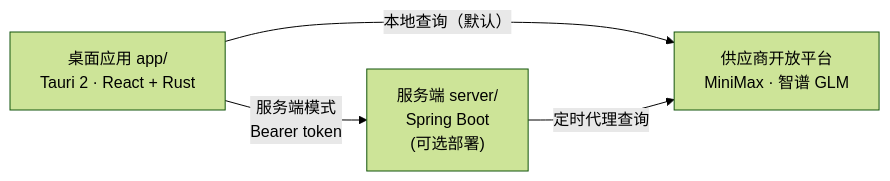
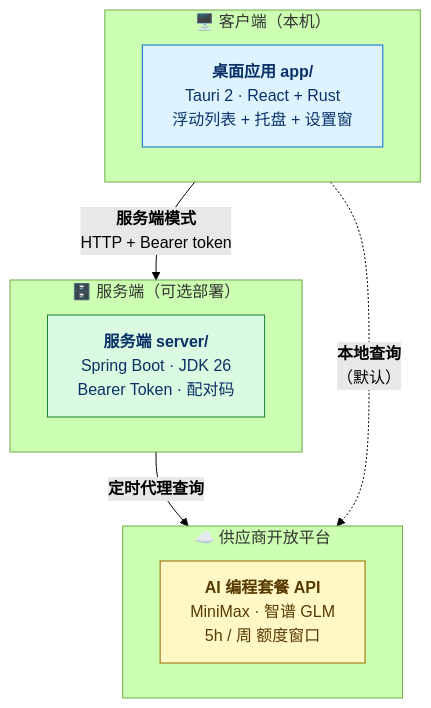
Before and after one commit to scstc/plan-watch: the diagram in README.md, drawn with Mermaid (forest theme).

Commit message:
docs: polish architecture diagram with subgraphs, icons, theme
- Group nodes into Client / Server / Cloud subgraphs so the roles
  read as layered swimlanes instead of a flat left-to-right chart.
- Add emoji + multi-line labels with bolds for the key product name.
- Color each subgraph with a classDef palette (blue / green / amber)
  matching the GitHub Primer vibe.
- Style the local-mode link as dashed (optional) and keep the server
  path solid.

🤖 Generated with [Claude Code](https://claude.com/claude-code)

````diff
--- a/README.md
+++ b/README.md
@@ -13,10 +13,29 @@
 ```mermaid
-flowchart LR
-    desktop["桌面应用 app/<br/>Tauri 2 · React + Rust"]
-    server["服务端 server/<br/>Spring Boot<br/>(可选部署)"]
-    provider["供应商开放平台<br/>MiniMax · 智谱 GLM"]
+flowchart TB
+    subgraph Client["🖥️ 客户端（本机）"]
+        direction LR
+        desktop["<b>桌面应用 app/</b><br/>Tauri 2 · React + Rust<br/>浮动列表 + 托盘 + 设置窗"]
+    end
 
-    desktop -- "本地查询（默认）" --> provider
-    desktop -- "服务端模式<br/>Bearer token" --> server
-    server  -- "定时代理查询" --> provider
+    subgraph Server["🗄️ 服务端（可选部署）"]
+        direction LR
+        server["<b>服务端 server/</b><br/>Spring Boot · JDK 26<br/>Bearer Token · 配对码"]
+    end
+
+    subgraph Cloud["☁️ 供应商开放平台"]
+        direction LR
+        providers["<b>AI 编程套餐 API</b><br/>MiniMax · 智谱 GLM<br/>5h / 周 额度窗口"]
+    end
+
+    desktop -. "<b>本地查询</b><br/>（默认）" .-> providers
+    desktop -- "<b>服务端模式</b><br/>HTTP + Bearer token" --> server
+    server -- "<b>定时代理查询</b>" --> providers
+
+    classDef clientStyle fill:#ddf4ff,stroke:#0969da,color:#0a3069
+    classDef serverStyle fill:#dafbe1,stroke:#1a7f37,color:#0a3069
+    classDef cloudStyle fill:#fff8c5,stroke:#9a6700,color:#573a00
+
+    class desktop clientStyle
+    class server serverStyle
+    class providers cloudStyle
 ```
````
